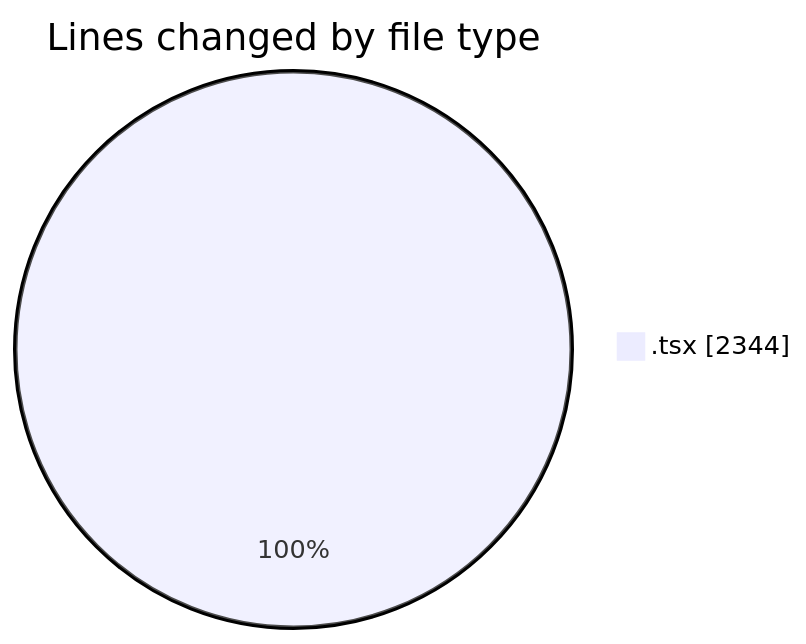
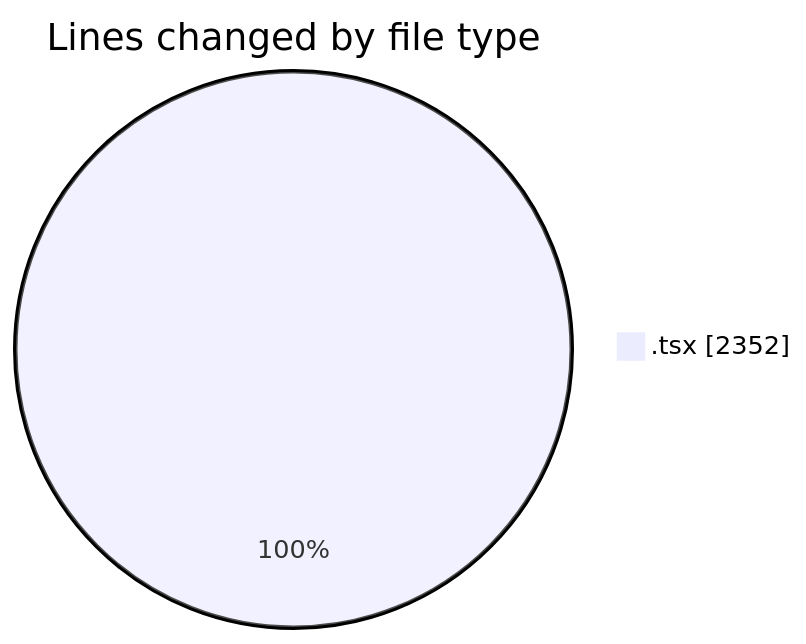
The first of 2 diagrams in 2025-06-13/cda/README.md (momahboobian/code-tracking), drawn with Mermaid before and after one commit. The commit also changed other lines of this file and 1 other file, not shown here.

````diff
--- a/2025-06-13/cda/README.md
+++ b/2025-06-13/cda/README.md
@@ -25,5 +25,5 @@
 ```mermaid
 pie showData
 title Lines changed by file type
-".tsx" : 2344
+".tsx" : 2352
 ```
````
